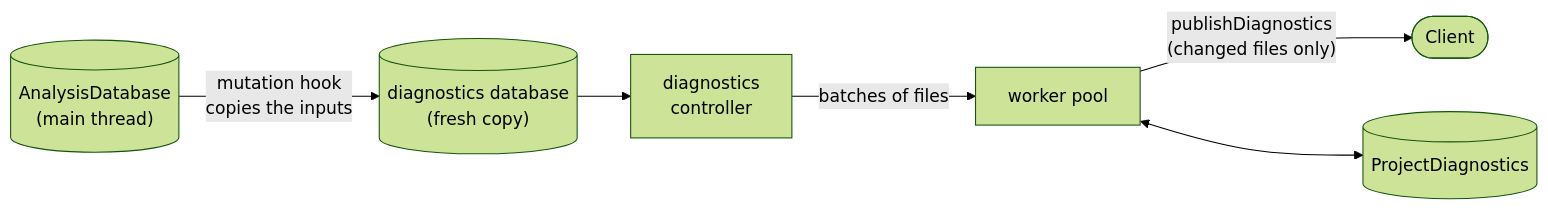
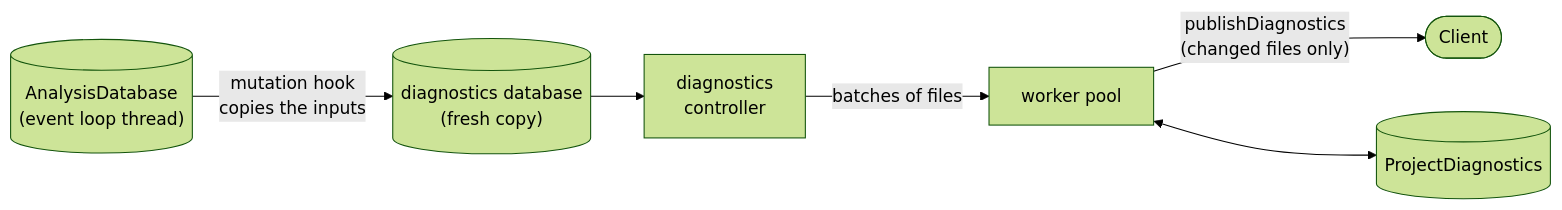
One commit to software-mansion/cairols changed the sixth of 7 diagrams in ARCHITECTURE.md. Above: the diagram before and after it, drawn with Mermaid (forest theme). The commit also changed other lines of this file, not shown here.

````diff
--- a/ARCHITECTURE.md
+++ b/ARCHITECTURE.md
@@ -363,8 +375,8 @@
 ```mermaid
 flowchart LR
-    main[("AnalysisDatabase<br/>(main thread)")] -- "mutation hook<br/>copies the inputs" --> copy[("diagnostics database<br/>(fresh copy)")]
+    main[("AnalysisDatabase<br/>(event loop thread)")] -- "mutation hook<br/>copies the inputs" --> copy[("diagnostics database<br/>(fresh copy)")]
     copy --> ctrl["diagnostics<br/>controller"]
     ctrl -- "batches of files" --> workers["worker pool"]
     workers -- "publishDiagnostics<br/>(changed files only)" --> client(["Client"])
     workers <--> pd[("ProjectDiagnostics")]
 ```
````
